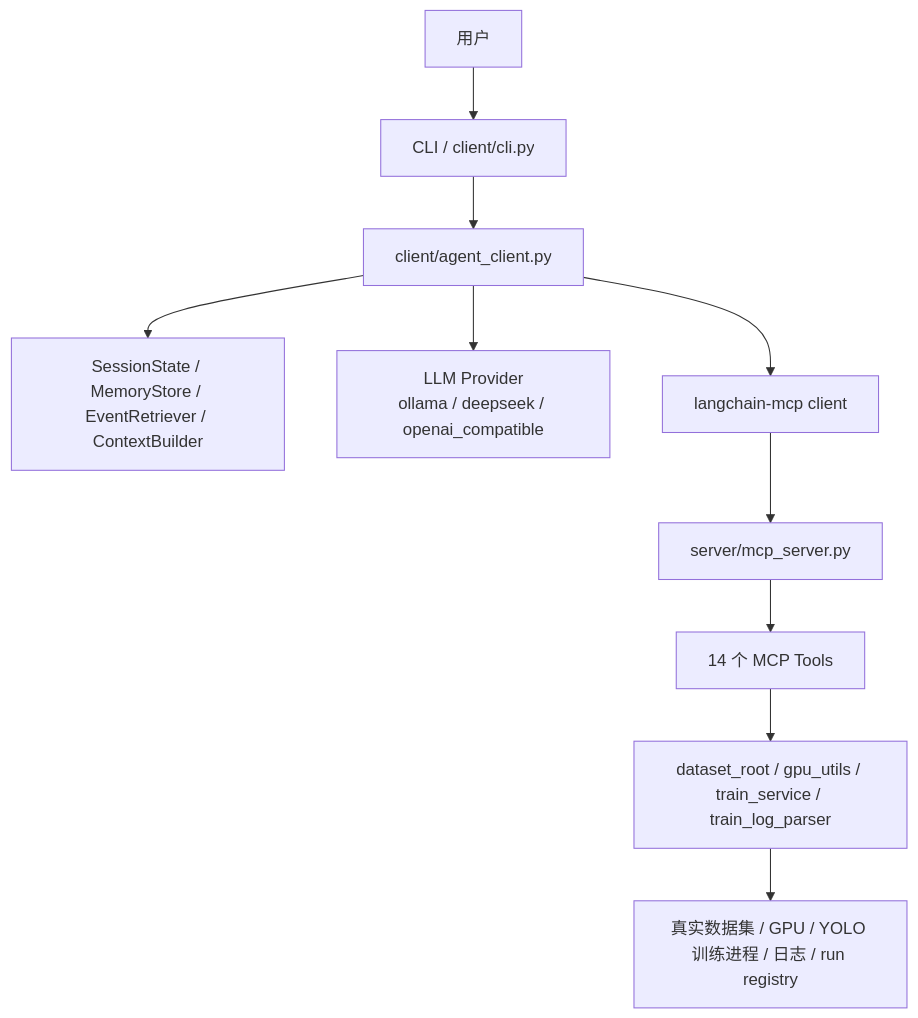
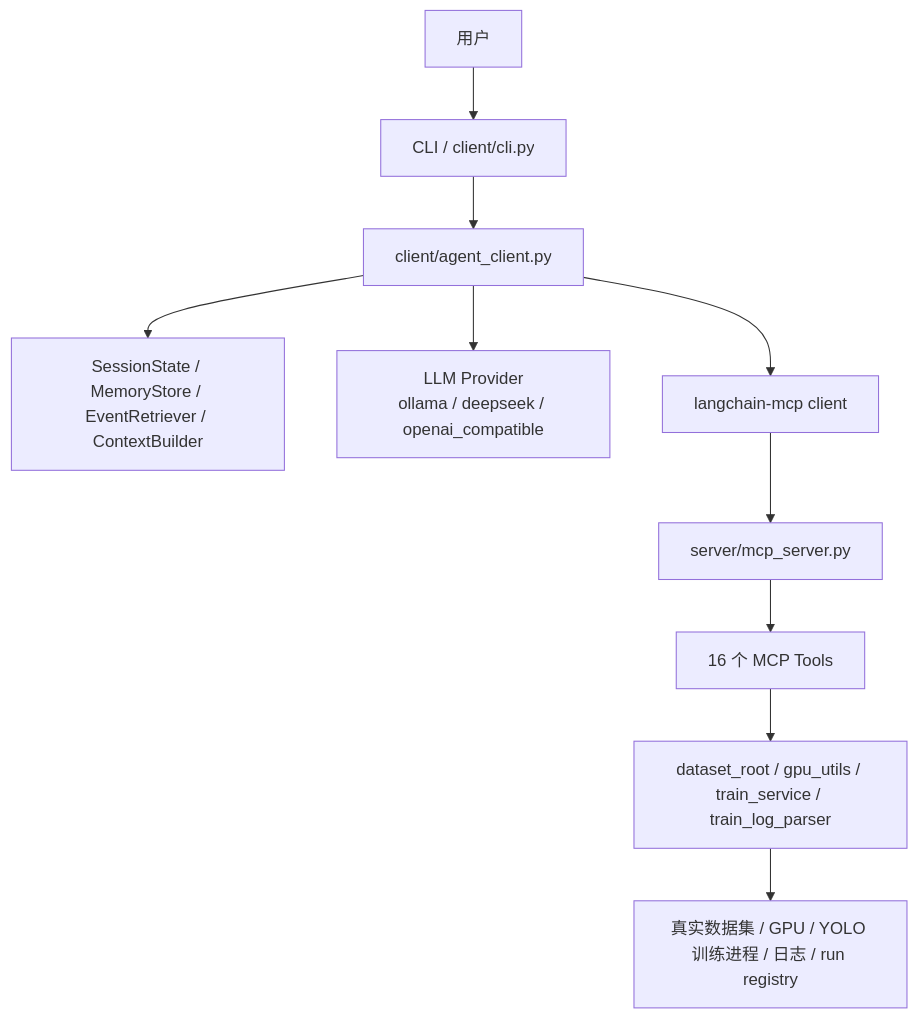
Before and after one commit to KLYkl/yolostudio-agent: the third of 3 diagrams in doc/current_progress_2026-04-11.md, drawn with Mermaid. The commit also changed other lines of this file and 15 other files, not shown here.

````diff
--- a/doc/current_progress_2026-04-11.md
+++ b/doc/current_progress_2026-04-11.md
@@ -84,12 +84,12 @@
 ```mermaid
 flowchart TD
     USER["用户"] --> CLI["CLI / client/cli.py"]
     CLI --> CLIENT["client/agent_client.py"]
     CLIENT --> MEMORY["SessionState / MemoryStore / EventRetriever / ContextBuilder"]
     CLIENT --> LLM["LLM Provider\nollama / deepseek / openai_compatible"]
     CLIENT --> MCPCLIENT["langchain-mcp client"]
     MCPCLIENT --> MCPSERVER["server/mcp_server.py"]
-    MCPSERVER --> TOOLS["14 个 MCP Tools"]
+    MCPSERVER --> TOOLS["16 个 MCP Tools"]
     TOOLS --> SERVICES["dataset_root / gpu_utils / train_service / train_log_parser"]
     SERVICES --> RUNTIME["真实数据集 / GPU / YOLO 训练进程 / 日志 / run registry"]
 ```
````
